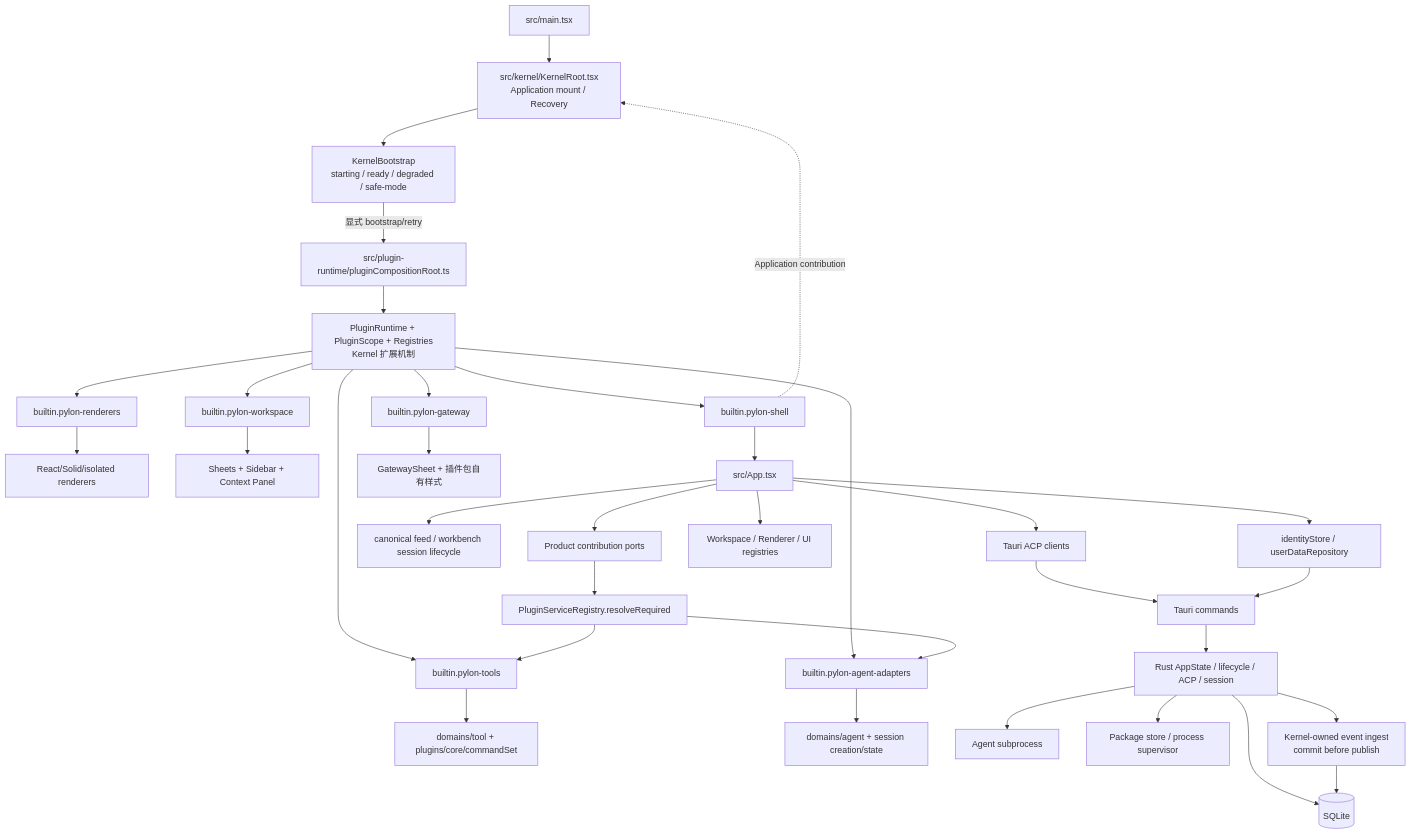
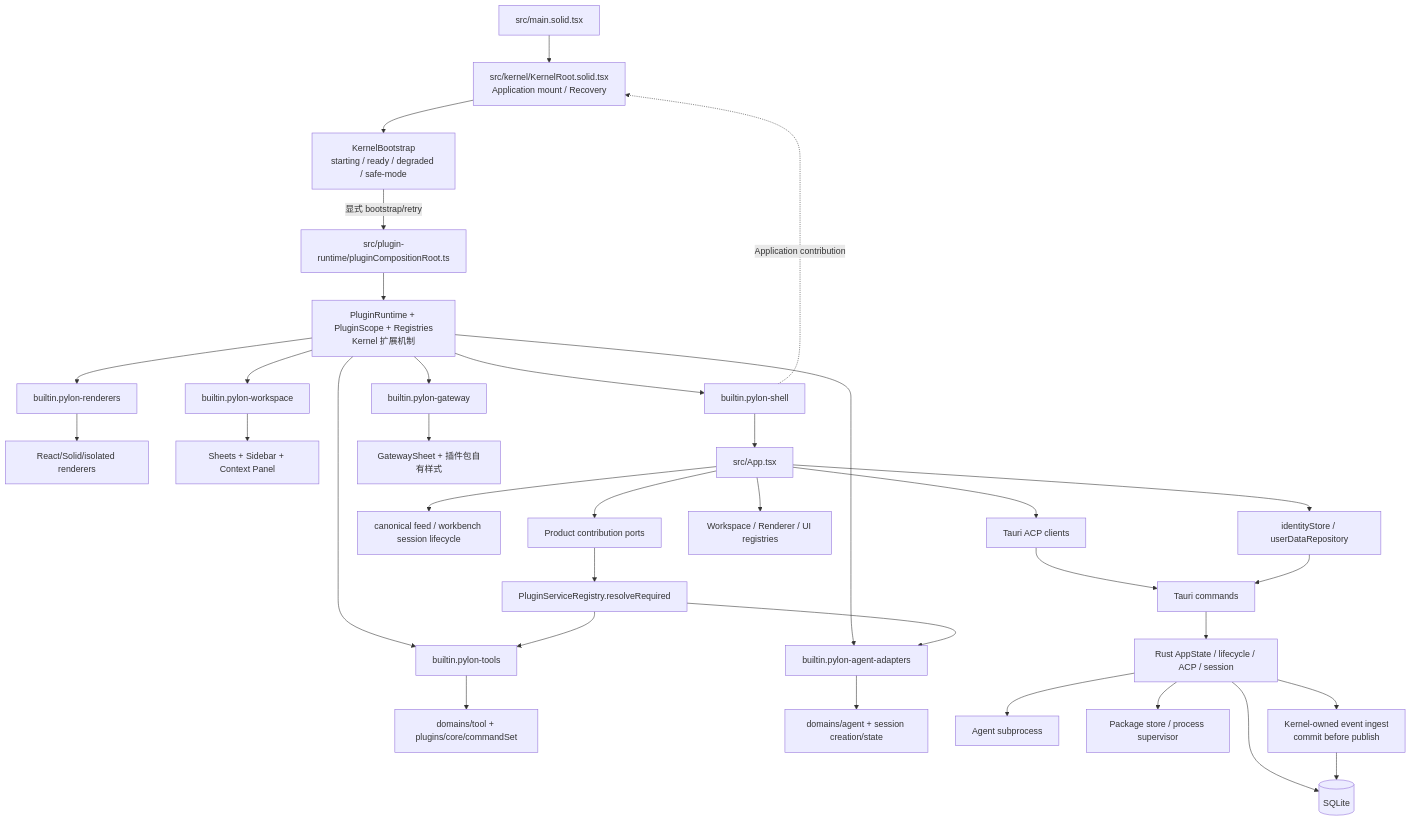
One commit to AlchemistCxC/Pylon-co-works changed the first of 7 diagrams in docs/说明书/Pylon-项目架构参考.md. Above: the diagram before and after it, drawn with Mermaid. The commit also changed other lines of this file and 3 other files, not shown here.

````diff
--- a/docs/说明书/Pylon-项目架构参考.md
+++ b/docs/说明书/Pylon-项目架构参考.md
@@ -43,42 +43,42 @@
 ```mermaid
 flowchart TB
-  Entry["src/main.tsx"] --> KR["src/kernel/KernelRoot.tsx<br/>Application mount / Recovery"]
+  Entry["src/main.solid.tsx"] --> KR["src/kernel/KernelRoot.solid.tsx<br/>Application mount / Recovery"]
   KR --> KB["KernelBootstrap<br/>starting / ready / degraded / safe-mode"]
   KB -->|显式 bootstrap/retry| CR["src/plugin-runtime/pluginCompositionRoot.ts"]
   CR --> PR["PluginRuntime + PluginScope + Registries<br/>Kernel 扩展机制"]
 
   PR --> Tools["builtin.pylon-tools"]
   PR --> Agents["builtin.pylon-agent-adapters"]
   PR --> Renderers["builtin.pylon-renderers"]
   PR --> Workspace["builtin.pylon-workspace"]
   PR --> Shell["builtin.pylon-shell"]
   PR --> Gateway["builtin.pylon-gateway"]
 
   Tools --> ToolImpl["domains/tool + plugins/core/commandSet"]
   Agents --> AgentImpl["domains/agent + session creation/state"]
   Renderers --> RendererImpl["React/Solid/isolated renderers"]
   Workspace --> WorkspaceImpl["Sheets + Sidebar + Context Panel"]
   Shell --> App["src/App.tsx"]
   Gateway --> GatewayImpl["GatewaySheet + 插件包自有样式"]
 
   App --> Identity["identityStore / userDataRepository"]
   App --> Chat["canonical feed / workbench session lifecycle"]
   App --> AcpClients["Tauri ACP clients"]
   App --> PluginConsumers["Workspace / Renderer / UI registries"]
   App --> ProductPorts["Product contribution ports"]
   ProductPorts --> ServiceRegistry["PluginServiceRegistry.resolveRequired"]
   ServiceRegistry --> Tools
   ServiceRegistry --> Agents
 
   AcpClients --> IPC["Tauri commands"]
   IPC --> RustKernel["Rust AppState / lifecycle / ACP / session"]
   RustKernel --> AgentProc["Agent subprocess"]
   RustKernel --> SQLite[("SQLite")]
   RustKernel --> NativePlugins["Package store / process supervisor"]
 
   RustKernel --> KernelIngest["Kernel-owned event ingest<br/>commit before publish"]
   KernelIngest --> SQLite
   Identity --> IPC
 
   Shell -.Application contribution.-> KR
 ```
````
